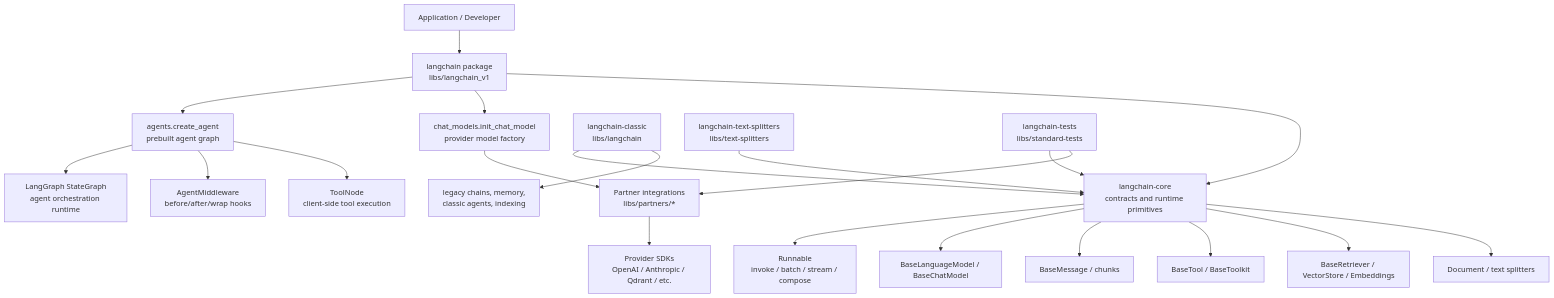
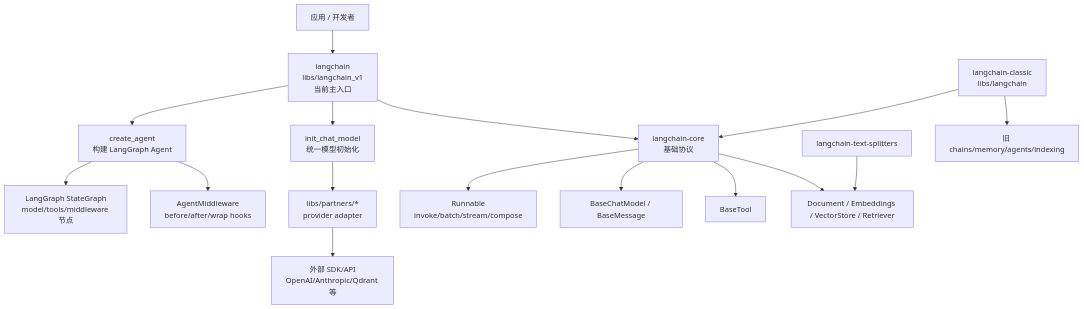
Before and after one commit to onlycaizhongwen/llm-framework-internals: the first of 2 diagrams in docs/langchain-source-analysis/index.md, drawn with Mermaid. The commit also changed other lines of this file and 11 other files, not shown here.

First line of the commit message:
Document LangChain supplements and Headroom internals

````diff
--- a/docs/langchain-source-analysis/index.md
+++ b/docs/langchain-source-analysis/index.md
@@ -27,23 +27,18 @@
 ```mermaid
 flowchart TB
-    User["Application / Developer"] --> LC["langchain package\nlibs/langchain_v1"]
-    LC --> Agents["agents.create_agent\nprebuilt agent graph"]
-    LC --> InitModel["chat_models.init_chat_model\nprovider model factory"]
-    LC --> Core["langchain-core\ncontracts and runtime primitives"]
-    Agents --> LangGraph["LangGraph StateGraph\nagent orchestration runtime"]
-    Agents --> Middleware["AgentMiddleware\nbefore/after/wrap hooks"]
-    Agents --> ToolNode["ToolNode\nclient-side tool execution"]
-    InitModel --> Partners["Partner integrations\nlibs/partners/*"]
-    Partners --> ProviderSDK["Provider SDKs\nOpenAI / Anthropic / Qdrant / etc."]
-    Core --> Runnable["Runnable\ninvoke / batch / stream / compose"]
-    Core --> Models["BaseLanguageModel / BaseChatModel"]
-    Core --> Messages["BaseMessage / chunks"]
-    Core --> Tools["BaseTool / BaseToolkit"]
-    Core --> Retrieval["BaseRetriever / VectorStore / Embeddings"]
-    Core --> Docs["Document / text splitters"]
-    Classic["langchain-classic\nlibs/langchain"] --> Core
-    Classic --> Legacy["legacy chains, memory,\nclassic agents, indexing"]
-    TextSplitters["langchain-text-splitters\nlibs/text-splitters"] --> Core
-    StandardTests["langchain-tests\nlibs/standard-tests"] --> Core
-    StandardTests --> Partners
+    App["应用 / 开发者"] --> LC["langchain<br/>libs/langchain_v1<br/>当前主入口"]
+    LC --> Agent["create_agent<br/>构建 LangGraph Agent"]
+    LC --> Init["init_chat_model<br/>统一模型初始化"]
+    LC --> Core["langchain-core<br/>基础协议"]
+    Agent --> Graph["LangGraph StateGraph<br/>model/tools/middleware 节点"]
+    Agent --> MW["AgentMiddleware<br/>before/after/wrap hooks"]
+    Init --> Partners["libs/partners/*<br/>provider adapter"]
+    Partners --> SDK["外部 SDK/API<br/>OpenAI/Anthropic/Qdrant 等"]
+    Core --> Runnable["Runnable<br/>invoke/batch/stream/compose"]
+    Core --> Chat["BaseChatModel / BaseMessage"]
+    Core --> Tool["BaseTool"]
+    Core --> Rag["Document / Embeddings / VectorStore / Retriever"]
+    Split["langchain-text-splitters"] --> Rag
+    Classic["langchain-classic<br/>libs/langchain"] --> Core
+    Classic --> Legacy["旧 chains/memory/agents/indexing"]
 ```
````
